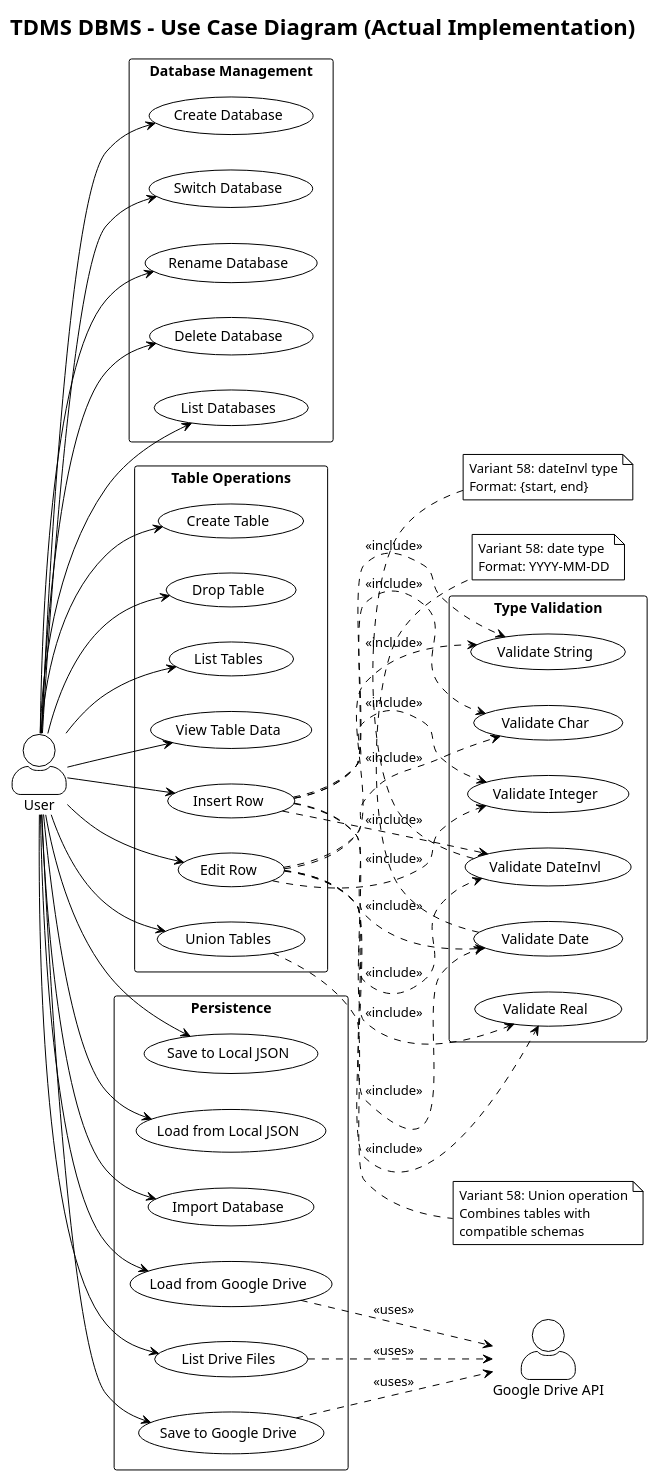
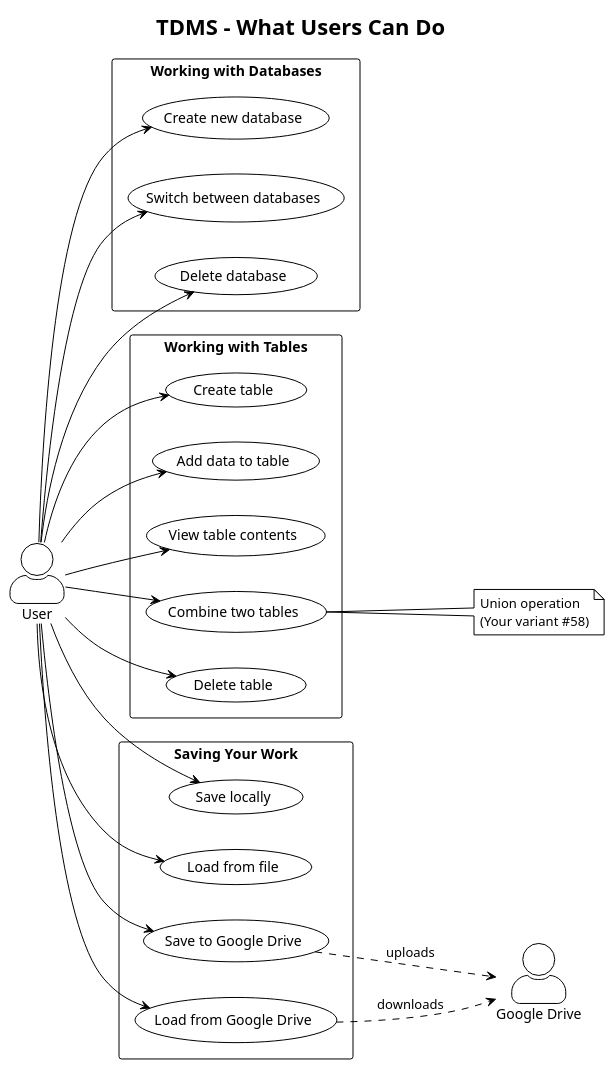
The diagram in UML/01_use_case.puml (PavelShpagin/TDMS), drawn with PlantUML before and after one commit. The commit also changed 26 other files, not shown here.

First line of the commit message:
Simplify and humanize UML diagrams based on actual code

```diff
--- a/UML/01_use_case.puml
+++ b/UML/01_use_case.puml
@@ -1,108 +1,53 @@
 @startuml use_case
 !theme plain
-title TDMS DBMS - Use Case Diagram (Actual Implementation)
+title TDMS - What Users Can Do
 
 left to right direction
-skinparam packageStyle rectangle
 skinparam actorStyle awesome
 
-actor "User" as user
-actor "Google Drive API" as gdrive
+actor User
+actor "Google Drive" as GDrive
 
-rectangle "Database Management" {
-  usecase "Create Database" as UC1
-  usecase "Switch Database" as UC2
-  usecase "Rename Database" as UC3
-  usecase "Delete Database" as UC4
-  usecase "List Databases" as UC5
+rectangle "Working with Databases" {
+  usecase "Create new database" as UC1
+  usecase "Switch between databases" as UC2
+  usecase "Delete database" as UC3
 }
 
-rectangle "Table Operations" {
-  usecase "Create Table" as UC6
-  usecase "Drop Table" as UC7
-  usecase "List Tables" as UC8
-  usecase "View Table Data" as UC9
-  usecase "Insert Row" as UC10
-  usecase "Edit Row" as UC11
-  usecase "Union Tables" as UC12
+rectangle "Working with Tables" {
+  usecase "Create table" as UC4
+  usecase "Add data to table" as UC5
+  usecase "View table contents" as UC6
+  usecase "Combine two tables" as UC7
+  usecase "Delete table" as UC8
 }
 
-rectangle "Persistence" {
-  usecase "Save to Local JSON" as UC13
-  usecase "Load from Local JSON" as UC14
-  usecase "Import Database" as UC15
-  usecase "Save to Google Drive" as UC16
-  usecase "Load from Google Drive" as UC17
-  usecase "List Drive Files" as UC18
+rectangle "Saving Your Work" {
+  usecase "Save locally" as UC9
+  usecase "Load from file" as UC10
+  usecase "Save to Google Drive" as UC11
+  usecase "Load from Google Drive" as UC12
 }
 
-rectangle "Type Validation" {
-  usecase "Validate Integer" as UC19
-  usecase "Validate Real" as UC20
-  usecase "Validate Char" as UC21
-  usecase "Validate String" as UC22
-  usecase "Validate Date" as UC23
-  usecase "Validate DateInvl" as UC24
-}
+User --> UC1
+User --> UC2
+User --> UC3
+User --> UC4
+User --> UC5
+User --> UC6
+User --> UC7
+User --> UC8
+User --> UC9
+User --> UC10
+User --> UC11
+User --> UC12
 
-' User to Database Management
-user --> UC1
-user --> UC2
-user --> UC3
-user --> UC4
-user --> UC5
+UC11 ..> GDrive : uploads
+UC12 ..> GDrive : downloads
 
-' User to Table Operations
-user --> UC6
-user --> UC7
-user --> UC8
-user --> UC9
-user --> UC10
-user --> UC11
-user --> UC12
-
-' User to Persistence
-user --> UC13
-user --> UC14
-user --> UC15
-user --> UC16
-user --> UC17
-user --> UC18
-
-' Google Drive interactions
-UC16 ..> gdrive : <<uses>>
-UC17 ..> gdrive : <<uses>>
-UC18 ..> gdrive : <<uses>>
-
-' Type validation includes
-UC10 ..> UC19 : <<include>>
-UC10 ..> UC20 : <<include>>
-UC10 ..> UC21 : <<include>>
-UC10 ..> UC22 : <<include>>
-UC10 ..> UC23 : <<include>>
-UC10 ..> UC24 : <<include>>
-
-UC11 ..> UC19 : <<include>>
-UC11 ..> UC20 : <<include>>
-UC11 ..> UC21 : <<include>>
-UC11 ..> UC22 : <<include>>
-UC11 ..> UC23 : <<include>>
-UC11 ..> UC24 : <<include>>
-
-note right of UC12
-  Variant 58: Union operation
-  Combines tables with
-  compatible schemas
-end note
-
-note bottom of UC23
-  Variant 58: date type
-  Format: YYYY-MM-DD
-end note
-
-note bottom of UC24
-  Variant 58: dateInvl type
-  Format: {start, end}
+note right of UC7
+  Union operation
+  (Your variant #58)
 end note
 
 @enduml
```
